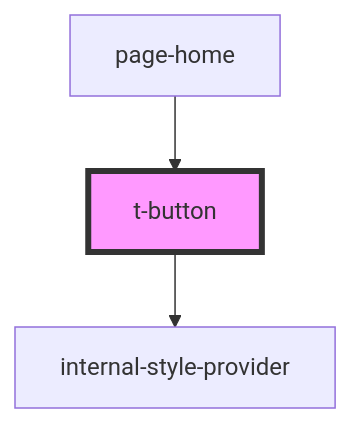
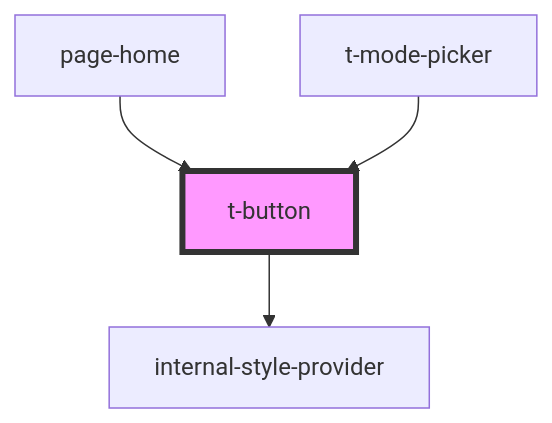
One commit to TomasEng/web-components changed the diagram in src/components/t-button/readme.md. Above: the diagram before and after it, drawn with Mermaid. The commit also changed other lines of this file and 34 other files, not shown here.

````diff
--- a/src/components/t-button/readme.md
+++ b/src/components/t-button/readme.md
@@ -26,6 +28,7 @@
 ```mermaid
 graph TD;
   t-button --> internal-style-provider
   page-home --> t-button
+  t-mode-picker --> t-button
   style t-button fill:#f9f,stroke:#333,stroke-width:4px
 ```
````
